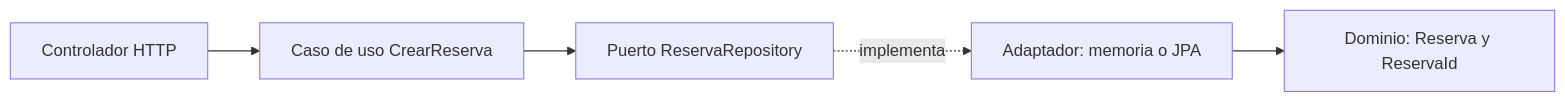
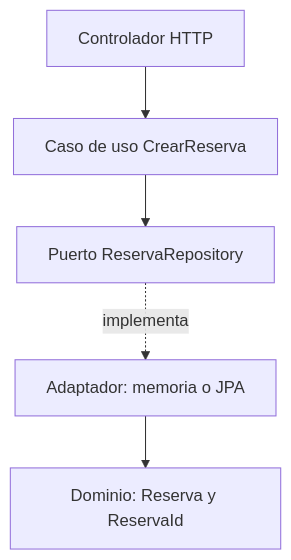
The first of 7 diagrams in web/public/content/spring-boot/modulo-22.md (NICORUIZ93/The_Imperial_Book), drawn with Mermaid before and after one commit. The commit also changed 19 other files, not shown here.

First line of the commit message:
fix(lector): completar las fichas de sesión y ampliar diagramas ilegibles

````diff
--- a/web/public/content/spring-boot/modulo-22.md
+++ b/web/public/content/spring-boot/modulo-22.md
@@ -29,7 +29,7 @@
 ```mermaid
-flowchart LR
+flowchart TD
     Controlador["Controlador HTTP"] --> CasoUso["Caso de uso CrearReserva"]
     CasoUso --> Puerto["Puerto ReservaRepository"]
     Puerto -.->|implementa| Adaptador["Adaptador: memoria o JPA"]
     Adaptador --> Dominio["Dominio: Reserva y ReservaId"]
 ```
````
